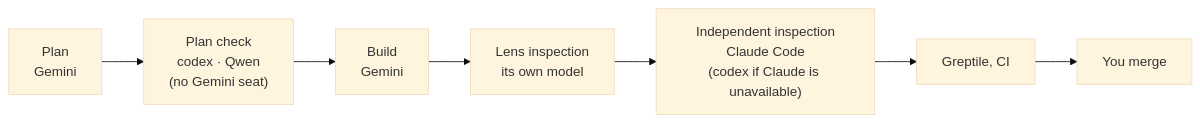
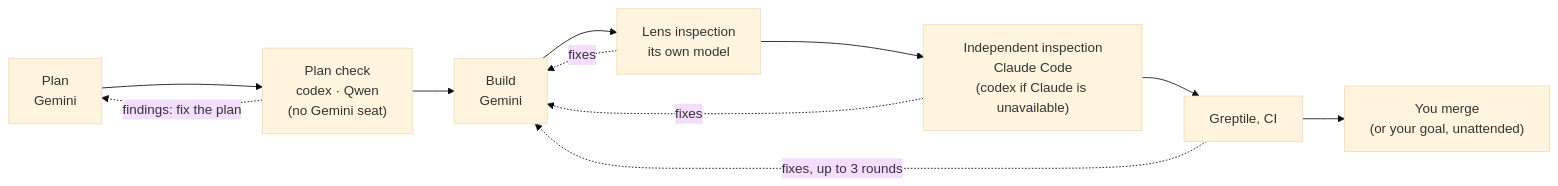
The third of 3 diagrams in README.md (kaithoughtarchitect/toppingout), drawn with Mermaid (base theme) before and after one commit. The commit also changed other lines of this file and 2 other files, not shown here.

Commit message:
README: /f-setup to stay current; the master builder flows show their repair loops

````diff
--- a/README.md
+++ b/README.md
@@ -102,4 +111,8 @@
 ```mermaid
 flowchart LR
-  P["Plan<br/>Gemini"] --> C["Plan check<br/>codex · Qwen<br/>(no Gemini seat)"] --> B["Build<br/>Gemini"] --> L["Lens inspection<br/>its own model"] --> I["Independent inspection<br/>Claude Code<br/>(codex if Claude is unavailable)"] --> G["Greptile, CI"] --> M["You merge"]
+  P["Plan<br/>Gemini"] --> C["Plan check<br/>codex · Qwen<br/>(no Gemini seat)"] --> B["Build<br/>Gemini"] --> L["Lens inspection<br/>its own model"] --> I["Independent inspection<br/>Claude Code<br/>(codex if Claude is unavailable)"] --> G["Greptile, CI"] --> M["You merge<br/>(or your goal, unattended)"]
+  C -. "findings: fix the plan" .-> P
+  L -. "fixes" .-> B
+  I -. "fixes" .-> B
+  G -. "fixes, up to 3 rounds" .-> B
 ```
````
